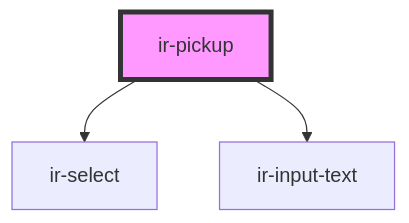
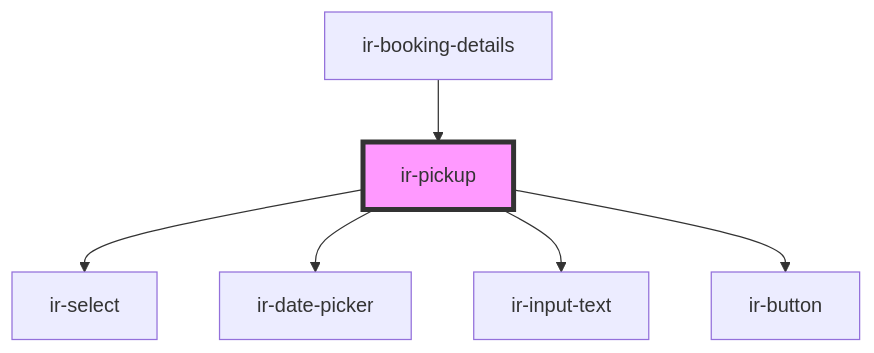
Before and after one commit to David1Chowaifaty/modified-ir-webcmp: the diagram in src/components/ir-booking-details/ir-pickup/readme.md, drawn with Mermaid. The commit also changed other lines of this file and 12 other files, not shown here.

````diff
--- a/src/components/ir-booking-details/ir-pickup/readme.md
+++ b/src/components/ir-booking-details/ir-pickup/readme.md
@@ -16,6 +39,9 @@
 ```mermaid
 graph TD;
   ir-pickup --> ir-select
+  ir-pickup --> ir-date-picker
   ir-pickup --> ir-input-text
+  ir-pickup --> ir-button
+  ir-booking-details --> ir-pickup
   style ir-pickup fill:#f9f,stroke:#333,stroke-width:4px
 ```
````
